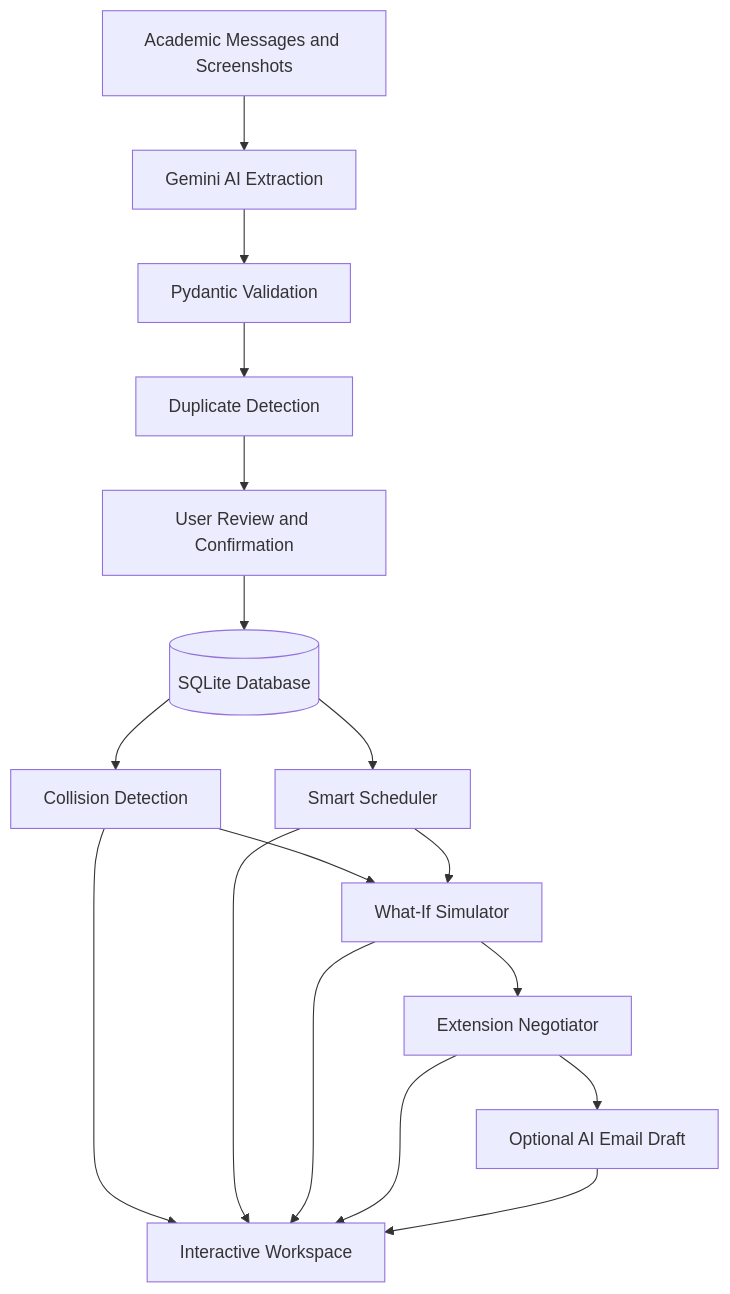
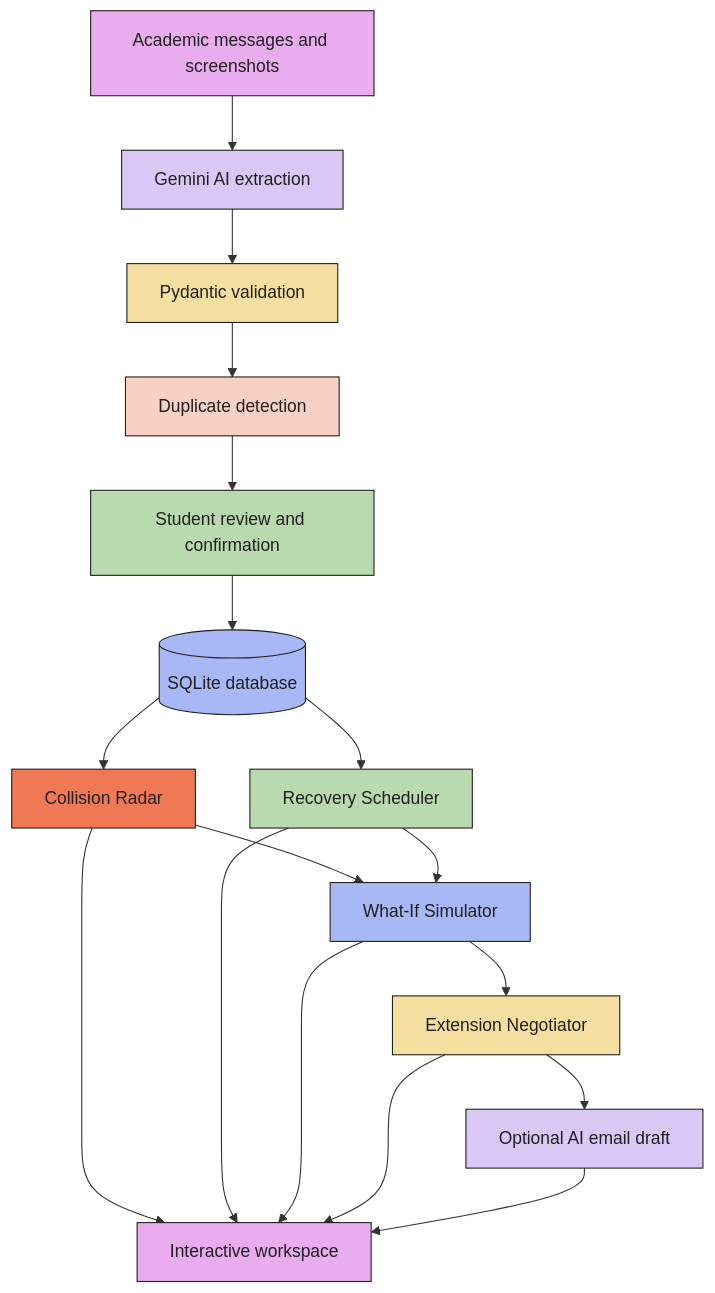
Before and after one commit to vanshianeja/DeadlineRadar-AI: the diagram in README.md, drawn with Mermaid. The commit also changed other lines of this file and 10 other files, not shown here.

````diff
--- a/README.md
+++ b/README.md
@@ -142,19 +274,36 @@
 ```mermaid
 flowchart TD
-    A[Academic Messages and Screenshots] --> B[Gemini AI Extraction]
-    B --> C[Pydantic Validation]
-    C --> D[Duplicate Detection]
-    D --> E[User Review and Confirmation]
-    E --> F[(SQLite Database)]
-    F --> G[Collision Detection]
-    F --> H[Smart Scheduler]
-    G --> I[What-If Simulator]
+    A["Academic messages and screenshots"] --> B["Gemini AI extraction"]
+    B --> C["Pydantic validation"]
+    C --> D["Duplicate detection"]
+    D --> E["Student review and confirmation"]
+    E --> F[("SQLite database")]
+
+    F --> G["Collision Radar"]
+    F --> H["Recovery Scheduler"]
+
+    G --> I["What-If Simulator"]
     H --> I
-    I --> J[Extension Negotiator]
-    J --> K[Optional AI Email Draft]
-    G --> L[Interactive Workspace]
+
+    I --> J["Extension Negotiator"]
+    J --> K["Optional AI email draft"]
+
+    G --> L["Interactive workspace"]
     H --> L
     I --> L
     J --> L
     K --> L
+
+    style A fill:#E9ACEF,color:#20201E,stroke:#20201E
+    style B fill:#D9C8F5,color:#20201E,stroke:#20201E
+    style C fill:#F5DFA0,color:#20201E,stroke:#20201E
+    style D fill:#F7D2C4,color:#20201E,stroke:#20201E
+    style E fill:#B9D9AE,color:#20201E,stroke:#20201E
+    style F fill:#A8B7F5,color:#20201E,stroke:#20201E
+    style G fill:#EF7954,color:#20201E,stroke:#20201E
+    style H fill:#B9D9AE,color:#20201E,stroke:#20201E
+    style I fill:#A8B7F5,color:#20201E,stroke:#20201E
+    style J fill:#F5DFA0,color:#20201E,stroke:#20201E
+    style K fill:#D9C8F5,color:#20201E,stroke:#20201E
+    style L fill:#E9ACEF,color:#20201E,stroke:#20201E
 ```
````
